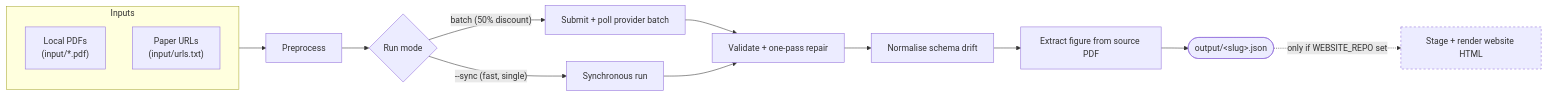
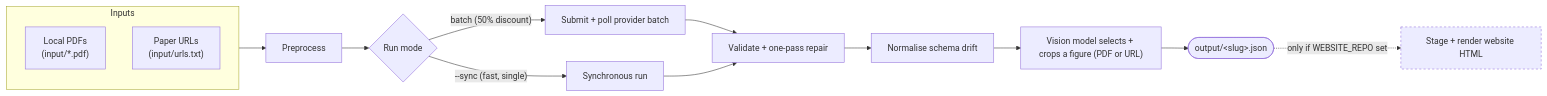
One commit to aw-pr/explainer-batch changed the diagram in README.md. Above: the diagram before and after it, drawn with Mermaid. The commit also changed other lines of this file and 3 other files, not shown here.

First line of the commit message:
docs: document VLM figure extraction and routing

````diff
--- a/README.md
+++ b/README.md
@@ -26,24 +29,24 @@
 ```mermaid
 flowchart LR
   subgraph IN["Inputs"]
     A1["Local PDFs<br/>(input/*.pdf)"]
     A2["Paper URLs<br/>(input/urls.txt)"]
   end
 
   IN --> B["Preprocess"]
 
   B --> C{"Run mode"}
   C -->|"batch (50% discount)"| D["Submit + poll provider batch"]
   C -->|"--sync (fast, single)"| E["Synchronous run"]
 
   D --> F["Validate + one-pass repair"]
   E --> F
   F --> G["Normalise schema drift"]
-  G --> H["Extract figure from source PDF"]
+  G --> H["Vision model selects + crops a figure (PDF or URL)"]
   H --> R(["output/&lt;slug&gt;.json"])
 
   R -. "only if WEBSITE_REPO set" .-> S["Stage + render website HTML"]
 
   classDef opt stroke-dasharray:4 4;
   class S opt;
 ```
````
